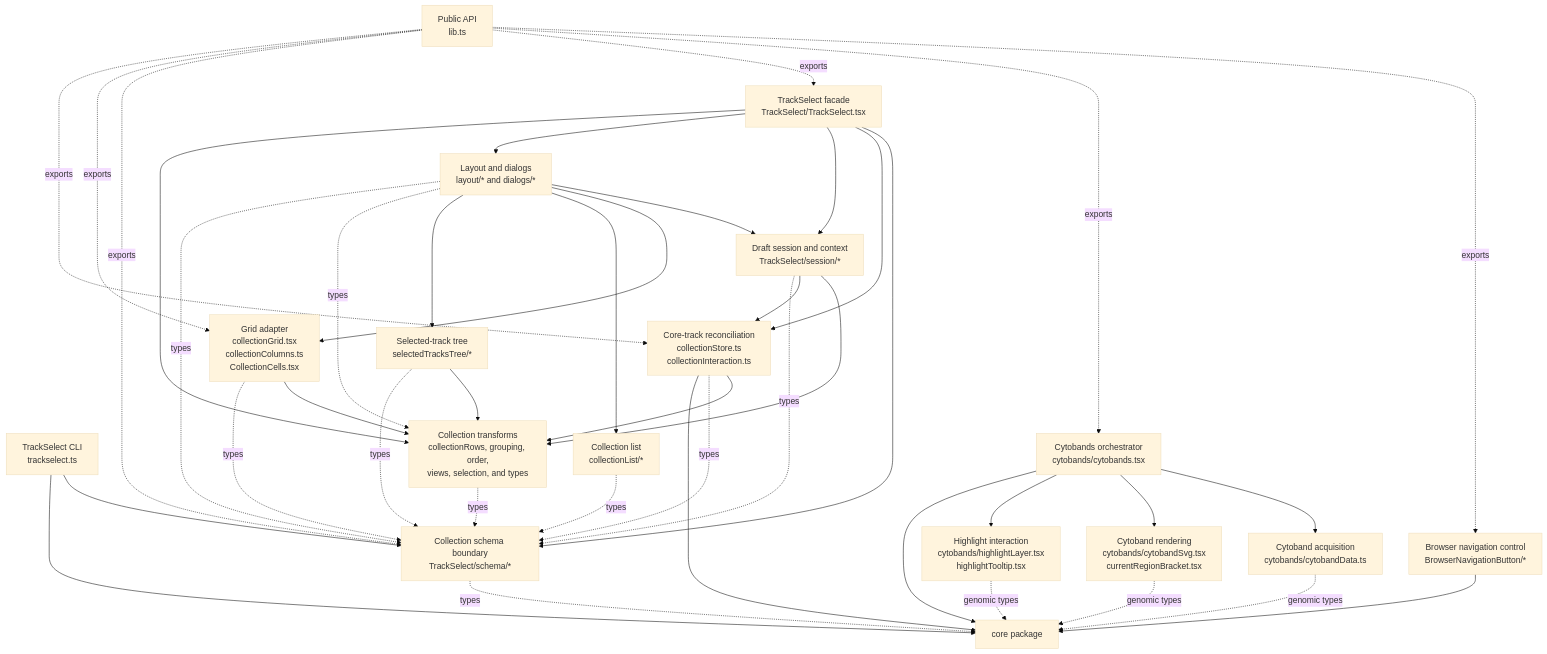
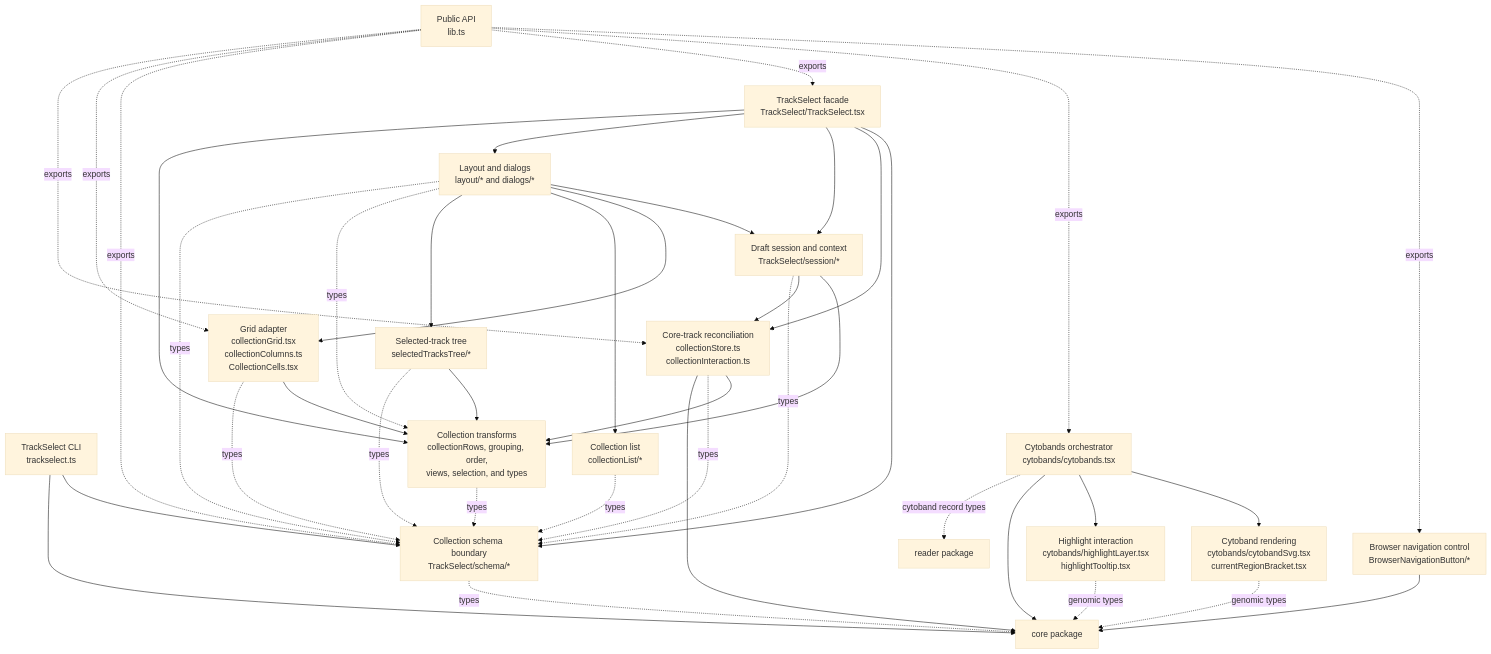
The fourth of 7 diagrams in docs/module-dependencies.md (weng-lab/genomebrowser), drawn with Mermaid (base theme) before and after one commit. The commit also changed other lines of this file and 36 other files, not shown here.

````diff
--- a/docs/module-dependencies.md
+++ b/docs/module-dependencies.md
@@ -241,65 +242,64 @@
 ```mermaid
 flowchart TB
   API["Public API<br/>lib.ts"]
   CLI["TrackSelect CLI<br/>trackselect.ts"]
   CORE["core package"]
+  READER["reader package"]
 
   NAV["Browser navigation control<br/>BrowserNavigationButton/*"]
   CYTO["Cytobands orchestrator<br/>cytobands/cytobands.tsx"]
-  CYTO_DATA["Cytoband acquisition<br/>cytobands/cytobandData.ts"]
   CYTO_SVG["Cytoband rendering<br/>cytobands/cytobandSvg.tsx<br/>currentRegionBracket.tsx"]
   HIGHLIGHTS["Highlight interaction<br/>cytobands/highlightLayer.tsx<br/>highlightTooltip.tsx"]
 
   SELECT["TrackSelect facade<br/>TrackSelect/TrackSelect.tsx"]
   SCHEMA["Collection schema boundary<br/>TrackSelect/schema/*"]
   MODEL["Collection transforms<br/>collectionRows, grouping, order,<br/>views, selection, and types"]
   RECONCILE["Core-track reconciliation<br/>collectionStore.ts<br/>collectionInteraction.ts"]
   SESSION["Draft session and context<br/>TrackSelect/session/*"]
   GRID["Grid adapter<br/>collectionGrid.tsx<br/>collectionColumns.ts<br/>CollectionCells.tsx"]
   LIST["Collection list<br/>collectionList/*"]
   TREE["Selected-track tree<br/>selectedTracksTree/*"]
   LAYOUT["Layout and dialogs<br/>layout/* and dialogs/*"]
 
   API -. "exports" .-> NAV
   API -. "exports" .-> CYTO
   API -. "exports" .-> SELECT
   API -. "exports" .-> SCHEMA
   API -. "exports" .-> GRID
   API -. "exports" .-> RECONCILE
   CLI --> SCHEMA
   CLI --> CORE
 
   NAV --> CORE
-  CYTO --> CYTO_DATA
   CYTO --> CYTO_SVG
   CYTO --> HIGHLIGHTS
   CYTO --> CORE
-  CYTO_DATA -. "genomic types" .-> CORE
+  CYTO -. "cytoband record types" .-> READER
   CYTO_SVG -. "genomic types" .-> CORE
   HIGHLIGHTS -. "genomic types" .-> CORE
 
   SELECT --> SCHEMA
   SELECT --> RECONCILE
   SELECT --> SESSION
   SELECT --> LAYOUT
   SCHEMA -. "types" .-> CORE
   MODEL -. "types" .-> SCHEMA
   SELECT --> MODEL
   RECONCILE --> MODEL
   RECONCILE -. "types" .-> SCHEMA
   RECONCILE --> CORE
   SESSION --> MODEL
   SESSION --> RECONCILE
   SESSION -. "types" .-> SCHEMA
   LAYOUT --> SESSION
   LAYOUT --> GRID
   LAYOUT --> LIST
   LAYOUT --> TREE
   LAYOUT -. "types" .-> MODEL
   LAYOUT -. "types" .-> SCHEMA
   GRID --> MODEL
   GRID -. "types" .-> SCHEMA
   LIST -. "types" .-> SCHEMA
   TREE --> MODEL
   TREE -. "types" .-> SCHEMA
 ```
````
